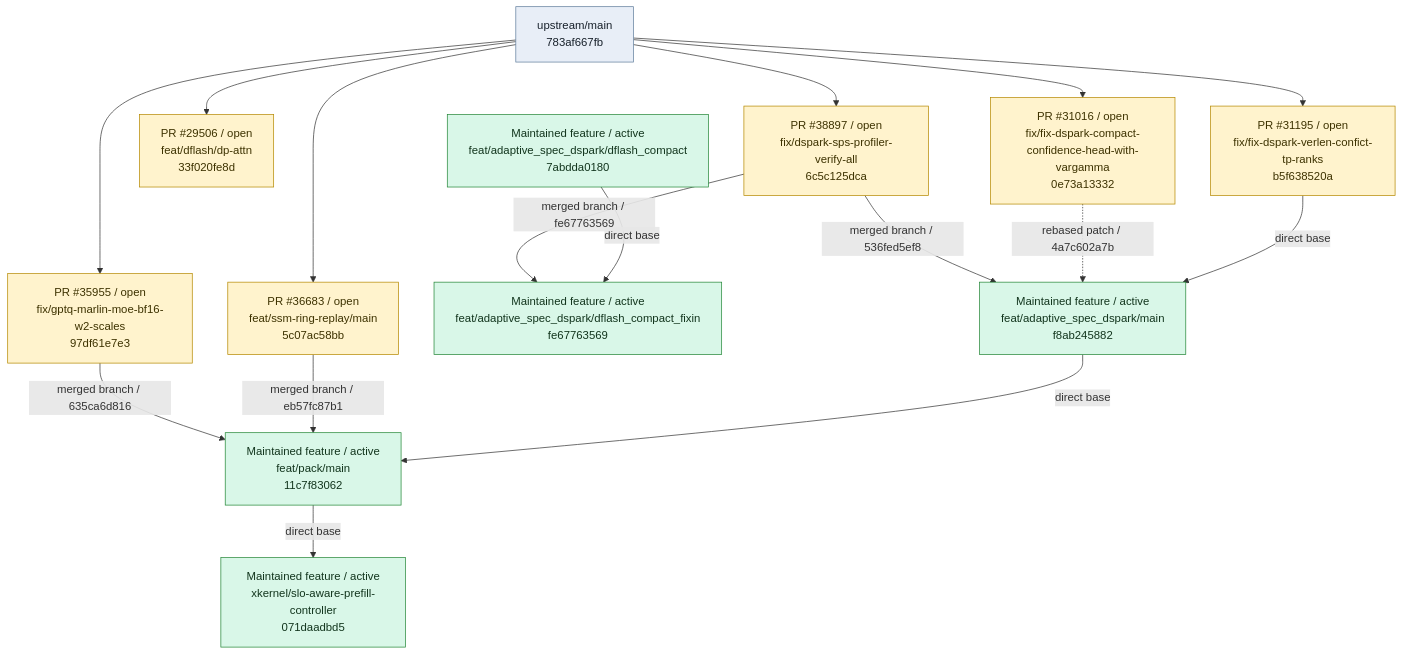
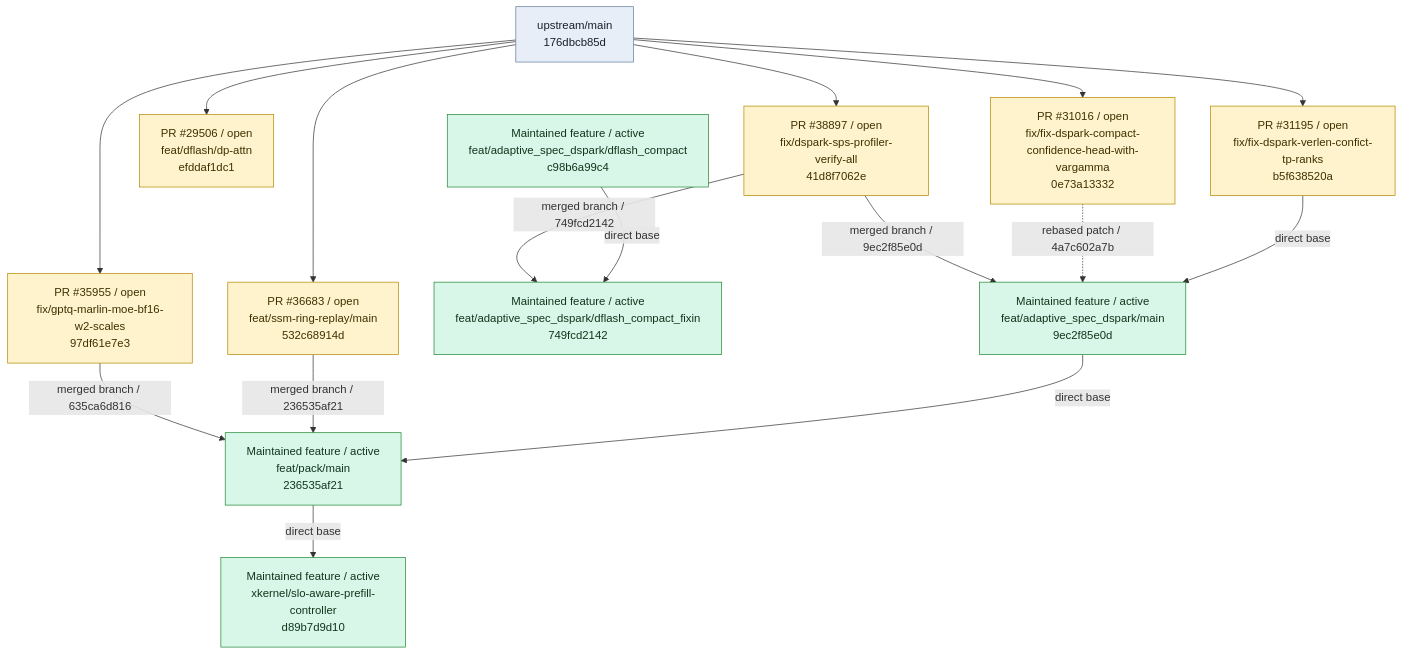
One commit to EanWang211123/sglang changed the first of 5 diagrams in BRANCH_GRAPH.md. Above: the diagram before and after it, drawn with Mermaid. The commit also changed other lines of this file and 5 other files, not shown here.

````diff
--- a/BRANCH_GRAPH.md
+++ b/BRANCH_GRAPH.md
@@ -11,47 +11,47 @@
 ```mermaid
 flowchart TD
-    base_upstream_main["upstream/main<br/>783af667fb"]
-    branch_dspark_compact_ragged_verify["PR #38897 / open<br/>fix/dspark-sps-profiler-verify-all<br/>6c5c125dca"]
+    base_upstream_main["upstream/main<br/>176dbcb85d"]
+    branch_dspark_compact_ragged_verify["PR #38897 / open<br/>fix/dspark-sps-profiler-verify-all<br/>41d8f7062e"]
     base_upstream_main --> branch_dspark_compact_ragged_verify
     click branch_dspark_compact_ragged_verify "https://github.com/sgl-project/sglang/pull/38897"
-    branch_dflash_dp_attn["PR #29506 / open<br/>feat/dflash/dp-attn<br/>33f020fe8d"]
+    branch_dflash_dp_attn["PR #29506 / open<br/>feat/dflash/dp-attn<br/>efddaf1dc1"]
     base_upstream_main --> branch_dflash_dp_attn
     click branch_dflash_dp_attn "https://github.com/sgl-project/sglang/pull/29506"
     branch_dspark_tp_budget_sync["PR #31195 / open<br/>fix/fix-dspark-verlen-confict-tp-ranks<br/>b5f638520a"]
     base_upstream_main --> branch_dspark_tp_budget_sync
     click branch_dspark_tp_budget_sync "https://github.com/sgl-project/sglang/pull/31195"
     branch_dspark_runtime_gamma["PR #31016 / open<br/>fix/fix-dspark-compact-confidence-head-with-vargamma<br/>0e73a13332"]
     base_upstream_main --> branch_dspark_runtime_gamma
     click branch_dspark_runtime_gamma "https://github.com/sgl-project/sglang/pull/31016"
     branch_gptq_marlin_moe_bf16_w2_scales["PR #35955 / open<br/>fix/gptq-marlin-moe-bf16-w2-scales<br/>97df61e7e3"]
     base_upstream_main --> branch_gptq_marlin_moe_bf16_w2_scales
     click branch_gptq_marlin_moe_bf16_w2_scales "https://github.com/sgl-project/sglang/pull/35955"
-    branch_replayssm_dflash_dspark["PR #36683 / open<br/>feat/ssm-ring-replay/main<br/>5c07ac58bb"]
+    branch_replayssm_dflash_dspark["PR #36683 / open<br/>feat/ssm-ring-replay/main<br/>532c68914d"]
     base_upstream_main --> branch_replayssm_dflash_dspark
     click branch_replayssm_dflash_dspark "https://github.com/sgl-project/sglang/pull/36683"
-    branch_dflash_compact["Maintained feature / active<br/>feat/adaptive_spec_dspark/dflash_compact<br/>7abdda0180"]
+    branch_dflash_compact["Maintained feature / active<br/>feat/adaptive_spec_dspark/dflash_compact<br/>c98b6a99c4"]
     click branch_dflash_compact "https://github.com/EanWang211123/sglang/tree/feat/adaptive_spec_dspark/dflash_compact"
-    branch_dflash_compact_fixin["Maintained feature / active<br/>feat/adaptive_spec_dspark/dflash_compact_fixin<br/>fe67763569"]
+    branch_dflash_compact_fixin["Maintained feature / active<br/>feat/adaptive_spec_dspark/dflash_compact_fixin<br/>749fcd2142"]
     click branch_dflash_compact_fixin "https://github.com/EanWang211123/sglang/tree/feat/adaptive_spec_dspark/dflash_compact_fixin"
-    branch_dspark_adaptive["Maintained feature / active<br/>feat/adaptive_spec_dspark/main<br/>f8ab245882"]
+    branch_dspark_adaptive["Maintained feature / active<br/>feat/adaptive_spec_dspark/main<br/>9ec2f85e0d"]
     click branch_dspark_adaptive "https://github.com/EanWang211123/sglang/tree/feat/adaptive_spec_dspark/main"
-    branch_adaptive_dspark_replayssm_gptq_marlin_pack["Maintained feature / active<br/>feat/pack/main<br/>11c7f83062"]
+    branch_adaptive_dspark_replayssm_gptq_marlin_pack["Maintained feature / active<br/>feat/pack/main<br/>236535af21"]
     click branch_adaptive_dspark_replayssm_gptq_marlin_pack "https://github.com/EanWang211123/sglang/tree/feat/pack/main"
-    branch_xkernel_slo_aware_prefill_controller["Maintained feature / active<br/>xkernel/slo-aware-prefill-controller<br/>071daadbd5"]
+    branch_xkernel_slo_aware_prefill_controller["Maintained feature / active<br/>xkernel/slo-aware-prefill-controller<br/>d89b7d9d10"]
     click branch_xkernel_slo_aware_prefill_controller "https://github.com/EanWang211123/sglang/tree/xkernel/slo-aware-prefill-controller"
     branch_dflash_compact -->|"direct base"| branch_dflash_compact_fixin
-    branch_dspark_compact_ragged_verify -->|"merged branch / fe67763569"| branch_dflash_compact_fixin
+    branch_dspark_compact_ragged_verify -->|"merged branch / 749fcd2142"| branch_dflash_compact_fixin
     branch_dspark_tp_budget_sync -->|"direct base"| branch_dspark_adaptive
     branch_dspark_runtime_gamma -.->|"rebased patch / 4a7c602a7b"| branch_dspark_adaptive
-    branch_dspark_compact_ragged_verify -->|"merged branch / 536fed5ef8"| branch_dspark_adaptive
+    branch_dspark_compact_ragged_verify -->|"merged branch / 9ec2f85e0d"| branch_dspark_adaptive
     branch_dspark_adaptive -->|"direct base"| branch_adaptive_dspark_replayssm_gptq_marlin_pack
-    branch_replayssm_dflash_dspark -->|"merged branch / eb57fc87b1"| branch_adaptive_dspark_replayssm_gptq_marlin_pack
+    branch_replayssm_dflash_dspark -->|"merged branch / 236535af21"| branch_adaptive_dspark_replayssm_gptq_marlin_pack
     branch_gptq_marlin_moe_bf16_w2_scales -->|"merged branch / 635ca6d816"| branch_adaptive_dspark_replayssm_gptq_marlin_pack
     branch_adaptive_dspark_replayssm_gptq_marlin_pack -->|"direct base"| branch_xkernel_slo_aware_prefill_controller
     classDef base fill:#e8eef7,stroke:#607d9b,color:#17202a
     classDef pr fill:#fff3cd,stroke:#b58900,color:#3d3200
     classDef feature fill:#d9f7e8,stroke:#238636,color:#12351d
     class base_upstream_main base
     class branch_dspark_compact_ragged_verify,branch_dflash_dp_attn,branch_dspark_tp_budget_sync,branch_dspark_runtime_gamma,branch_gptq_marlin_moe_bf16_w2_scales,branch_replayssm_dflash_dspark pr
     class branch_dflash_compact,branch_dflash_compact_fixin,branch_dspark_adaptive,branch_adaptive_dspark_replayssm_gptq_marlin_pack,branch_xkernel_slo_aware_prefill_controller feature
 ```
````
